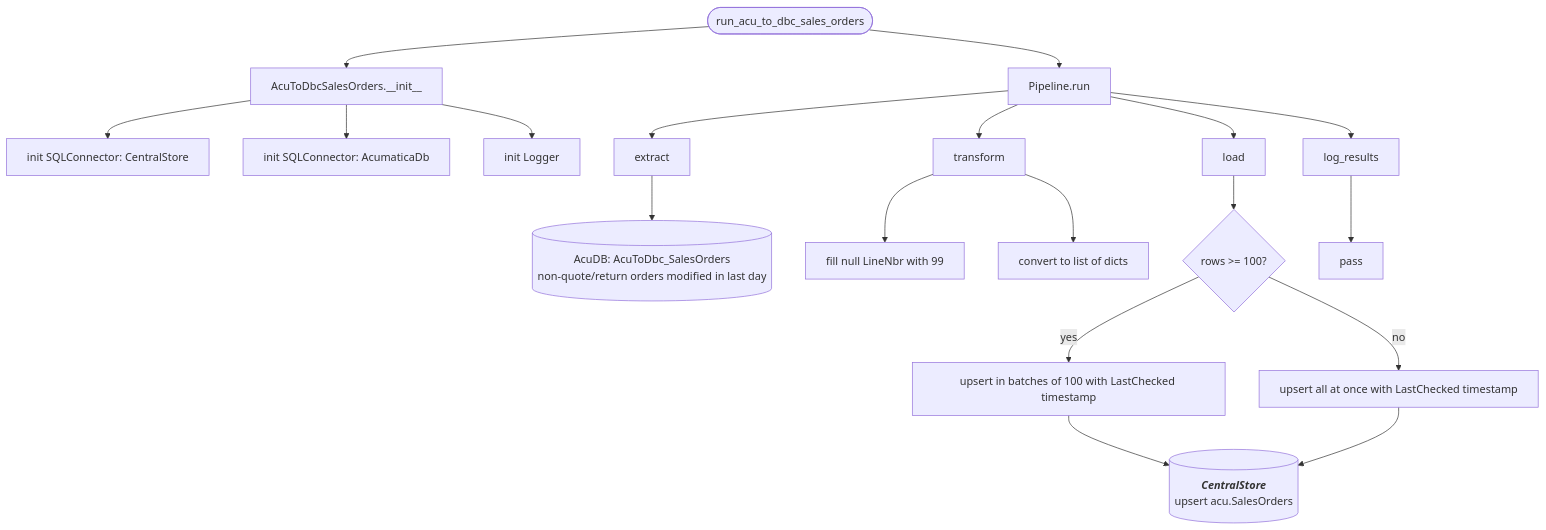
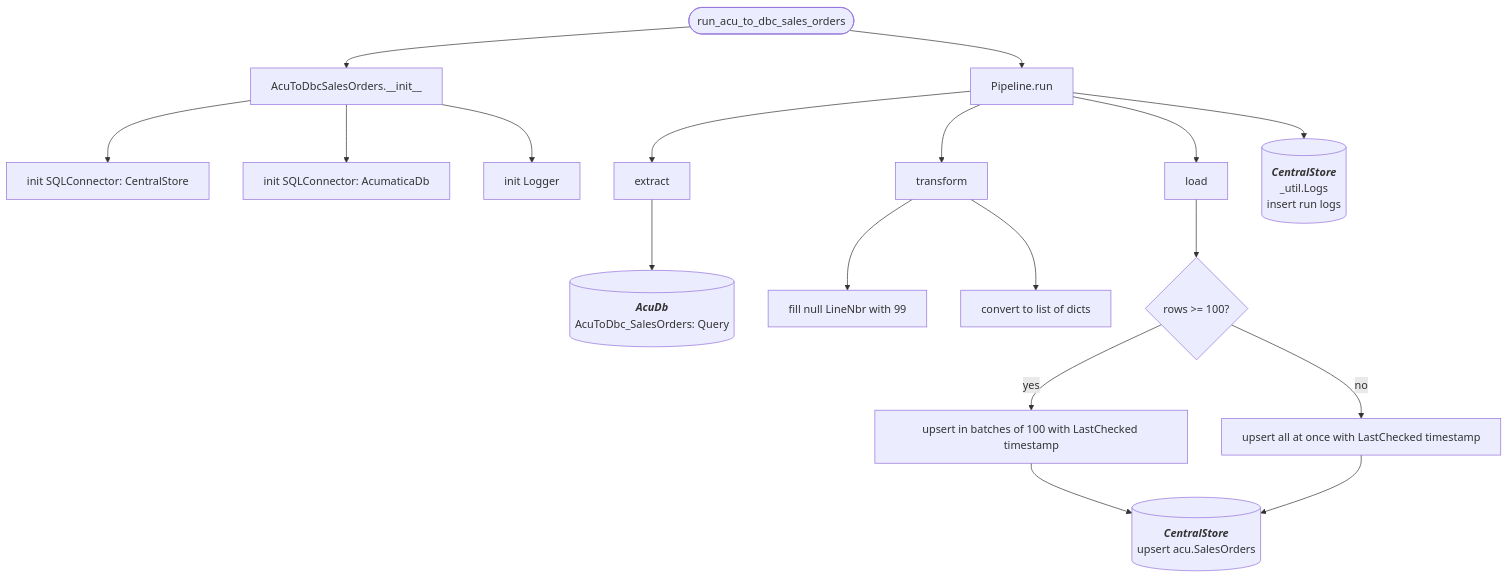
The diagram in docs/pipelines/acu_to_dbc_sales_orders.md (journeyhl/integration-platform), drawn with Mermaid before and after one commit. The commit also changed 25 other files, not shown here.

````diff
--- a/docs/pipelines/acu_to_dbc_sales_orders.md
+++ b/docs/pipelines/acu_to_dbc_sales_orders.md
@@ -1,29 +1,34 @@
 ```mermaid
 %%{init: {"flowchart": {"wrappingWidth": 400}}}%%
 flowchart TD
     A([run_acu_to_dbc_sales_orders]) --> B[AcuToDbcSalesOrders.__init__]
     B --> B1[init SQLConnector: CentralStore]
     B --> B2[init SQLConnector: AcumaticaDb]
     B --> B3[init Logger]
     A --> RUN[Pipeline.run]
 
     RUN --> EX[extract]
-    EX --> D1[(AcuDB: AcuToDbc_SalesOrders<br/>non-quote/return orders modified in last day)]
+    EX --> D1[(
+        <b><i>AcuDb</i></b>
+        AcuToDbc_SalesOrders: Query
+    )]
 
     RUN --> TR[transform]
     TR --> T1[fill null LineNbr with 99]
     TR --> T2[convert to list of dicts]
 
     RUN --> LD[load]
     LD --> L1{rows >= 100?}
     L1 -->|yes| L2[upsert in batches of 100 with LastChecked timestamp]
     L1 -->|no| L3[upsert all at once with LastChecked timestamp]
     L2 --> CS1[(
         <b><i>CentralStore</i></b>
         upsert acu.SalesOrders
     )]
     L3 --> CS1
 
-    RUN --> LR[log_results]
-    LR --> LO[pass]
+    RUN --> LOGS[(
+        <b><i>CentralStore</i></b>
+        _util.Logs<br/>insert run logs
+    )]
 ```
````
